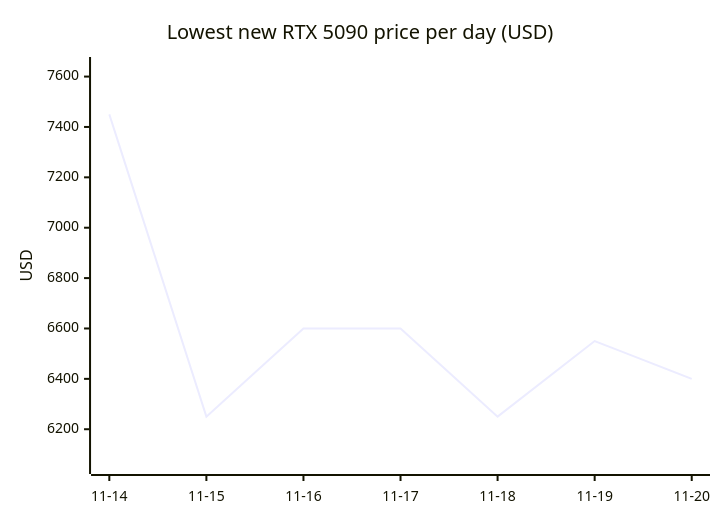
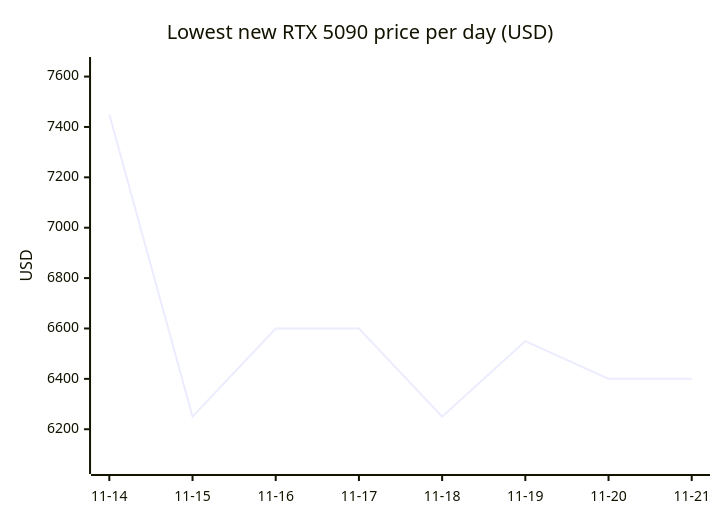
One commit to 7324136828/4tb_ssd_price_watch changed the sixth of 18 diagrams in README.md. Above: the diagram before and after it, drawn with Mermaid. The commit also changed other lines of this file, not shown here.

````diff
--- a/README.md
+++ b/README.md
@@ -754,7 +791,7 @@
 ```mermaid
 xychart-beta
     title "Lowest new RTX 5090 price per day (USD)"
-    x-axis ["11-14", "11-15", "11-16", "11-17", "11-18", "11-19", "11-20"]
+    x-axis ["11-14", "11-15", "11-16", "11-17", "11-18", "11-19", "11-20", "11-21"]
     y-axis "USD" 6060 --> 7640
-    line [7450.00, 6249.99, 6599.99, 6599.99, 6249.99, 6549.99, 6399.99]
+    line [7450.00, 6249.99, 6599.99, 6599.99, 6249.99, 6549.99, 6399.99, 6399.99]
 ```
````
